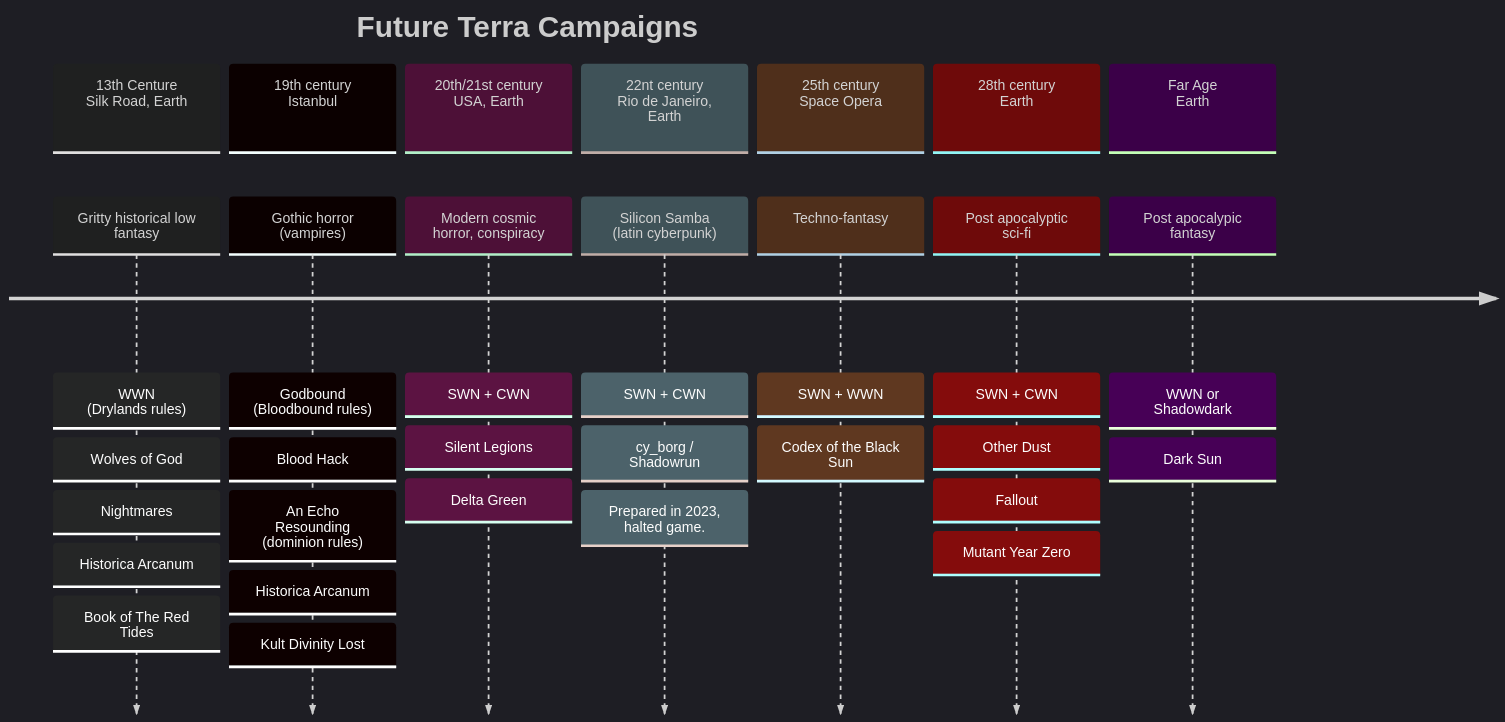
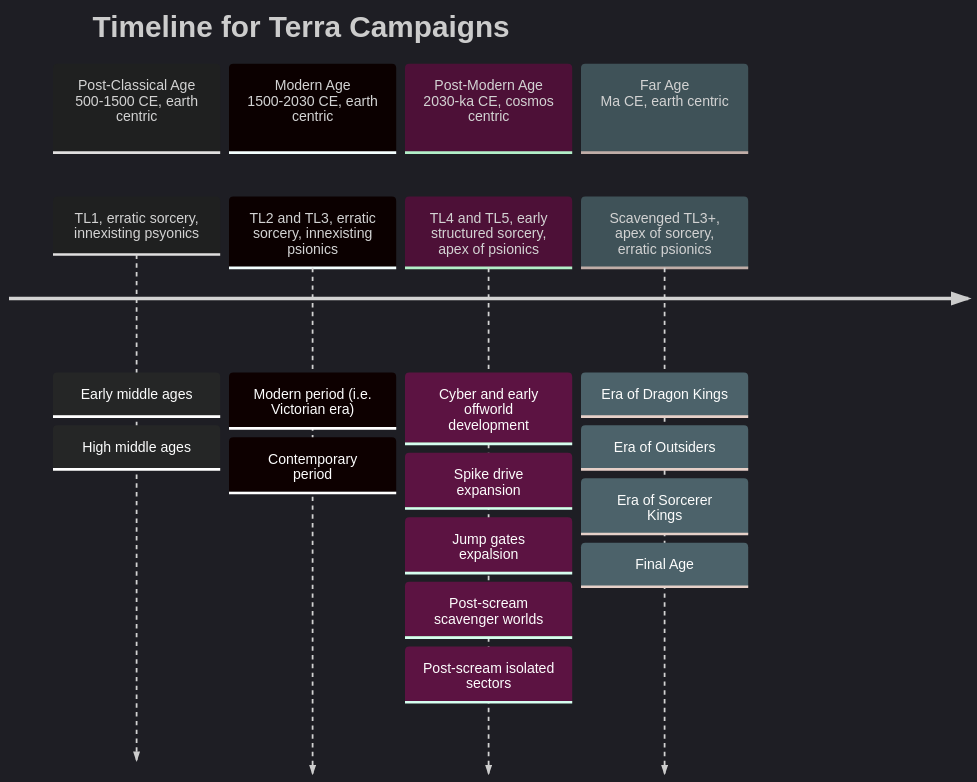
One commit to efsalvarenga/arrival_pcs changed the diagram in README.md. Above: the diagram before and after it, drawn with Mermaid. The commit also changed other lines of this file, not shown here.

````diff
--- a/README.md
+++ b/README.md
@@ -21,43 +3,26 @@
 ```mermaid
 %%{init: { 'logLevel': 'debug', 'theme': 'dark' } }%%
 timeline
-        title Future Terra Campaigns
-        section 13th Centure <br> Silk Road, Earth
-	        Gritty historical low fantasy
-			: WWN <br> (Drylands rules)
-			: Wolves of God
-			: Nightmares
-			: Historica Arcanum
-			: Book of The Red Tides
-		section 19th century <br> Istanbul
-			Gothic horror <br> (vampires)
-			: Godbound <br> (Bloodbound rules)
-			: Blood Hack
-			: An Echo Resounding (dominion rules)
-			: Historica Arcanum
-			: Kult Divinity Lost
-		section 20th/21st century <br> USA, Earth
-			Modern cosmic horror, conspiracy
-			: SWN + CWN
-			: Silent Legions
-			: Delta Green
-        section 22nt century <br> Rio de Janeiro, Earth
-	        Silicon Samba <br> (latin cyberpunk)
-			: SWN + CWN
-			: cy_borg / Shadowrun
-			: Prepared in 2023, halted game.
-		section 25th century <br> Space Opera
-			Techno-fantasy
-			: SWN + WWN
-			: Codex of the Black Sun
-		section 28th century <br> Earth
-			Post apocalyptic sci-fi
-			: SWN + CWN
-			: Other Dust
-			: Fallout
-			: Mutant Year Zero
-		section Far Age <br> Earth
-			Post apocalypic fantasy
-			: WWN or Shadowdark
-			: Dark Sun
+        title Timeline for Terra Campaigns
+		section Post-Classical Age <br> 500-1500 CE, earth centric
+			TL1, erratic sorcery, innexisting psyonics
+			: Early middle ages
+			: High middle ages
+		section Modern Age <br> 1500-2030 CE, earth centric
+			TL2 and TL3, erratic sorcery, innexisting psionics
+			: Modern period (i.e. Victorian era)
+			: Contemporary period
+		section Post-Modern Age <br> 2030-ka CE, cosmos centric
+			TL4 and TL5, early structured sorcery, apex of psionics
+			: Cyber and early offworld development
+			: Spike drive expansion
+			: Jump gates expalsion
+			: Post-scream scavenger worlds
+			: Post-scream isolated sectors
+		section Far Age <br> Ma CE, earth centric
+			Scavenged TL3+, apex of sorcery, erratic psionics
+			: Era of Dragon Kings
+			: Era of Outsiders
+			: Era of Sorcerer Kings
+			: Final Age
 ```
````
